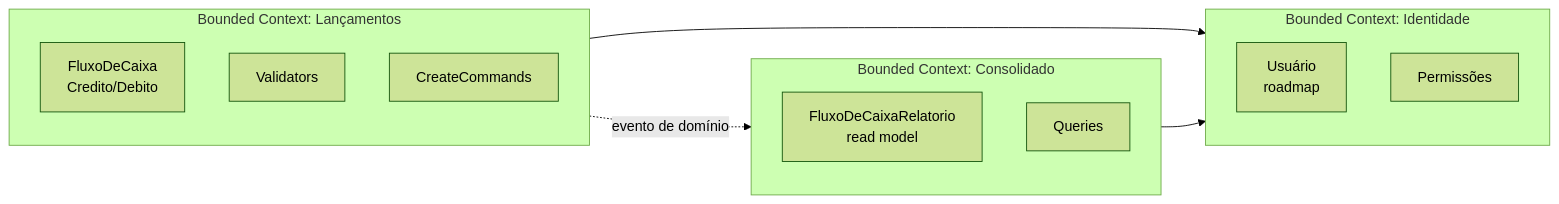
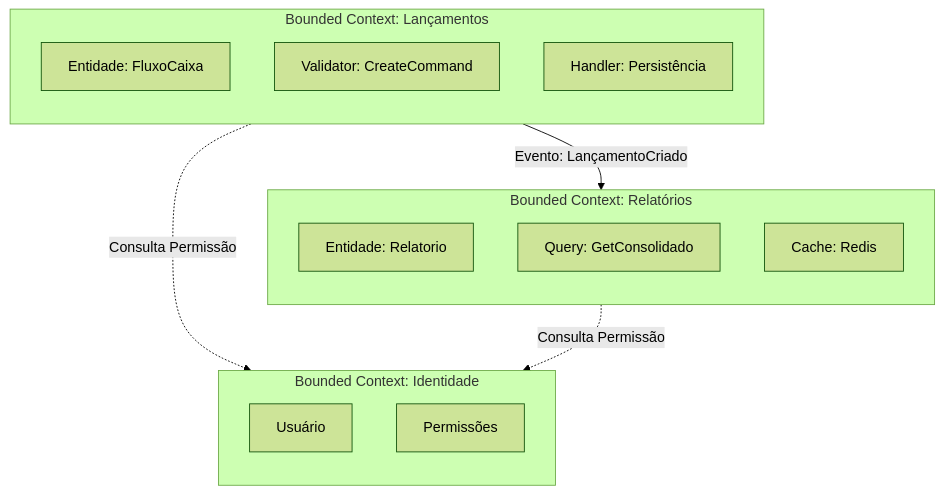
Before and after one commit to RenatoMarchisio/fluxodecaixa: the second of 3 diagrams in documentos/dominio/dominio-e-capacidades.md, drawn with Mermaid (forest theme). The commit also changed other lines of this file and 8 other files, not shown here.

````diff
--- a/documentos/dominio/dominio-e-capacidades.md
+++ b/documentos/dominio/dominio-e-capacidades.md
@@ -47,22 +54,26 @@
 ```mermaid
-flowchart LR
-  subgraph BC1[Bounded Context: Lançamentos]
-    L1[FluxoDeCaixa<br/>Credito/Debito]
-    L2[Validators]
-    L3[CreateCommands]
+flowchart TD
+  subgraph BC_LANC[Bounded Context: Lançamentos]
+    direction TB
+    E1[Entidade: FluxoCaixa]
+    V1[Validator: CreateCommand]
+    H1[Handler: Persistência]
   end
 
-  subgraph BC2[Bounded Context: Consolidado]
-    R1[FluxoDeCaixaRelatorio<br/>read model]
-    R2[Queries]
+  subgraph BC_REL[Bounded Context: Relatórios]
+    direction TB
+    E2[Entidade: Relatorio]
+    Q1[Query: GetConsolidado]
+    C1[Cache: Redis]
   end
 
-  subgraph BC3[Bounded Context: Identidade]
-    I1[Usuário<br/>roadmap]
-    I2[Permissões]
+  subgraph BC_AUTH[Bounded Context: Identidade]
+    direction TB
+    U1[Usuário]
+    P1[Permissões]
   end
 
-  BC1 -. evento de domínio .-> BC2
-  BC1 --> BC3
-  BC2 --> BC3
+  BC_LANC -- "Evento: LançamentoCriado" --> BC_REL
+  BC_LANC -. "Consulta Permissão" .-> BC_AUTH
+  BC_REL -. "Consulta Permissão" .-> BC_AUTH
 ```
````
